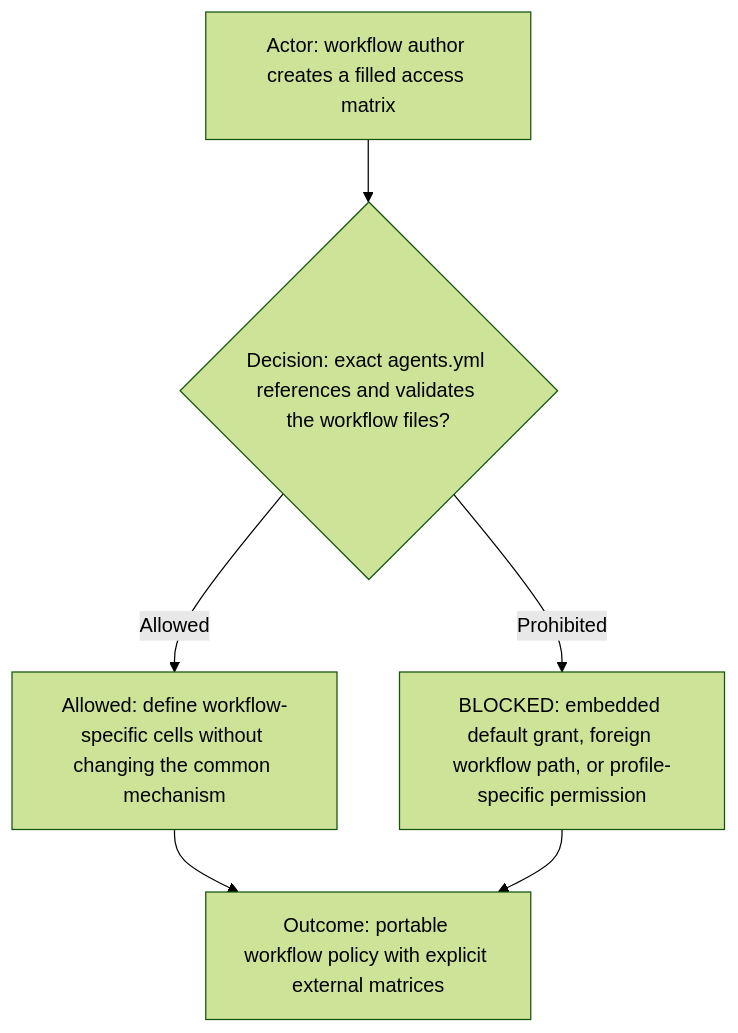
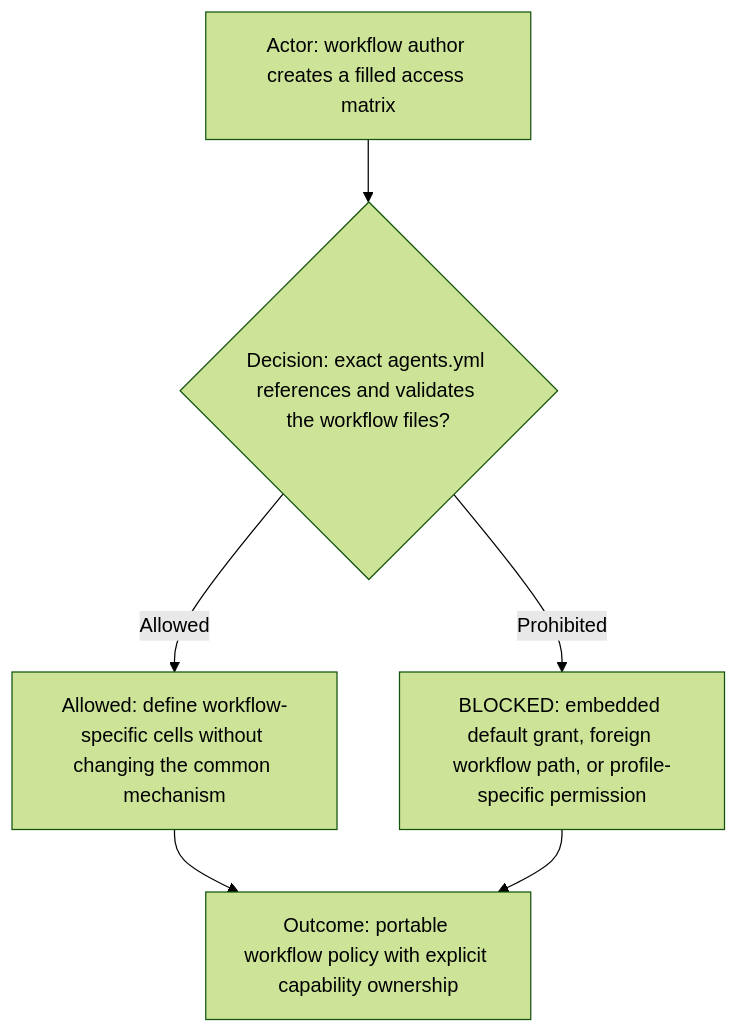
The third of 3 diagrams in ai-workflows/_common/policy/access-matrix.md (starodubtsevconsulting/ai-fleas), drawn with Mermaid (forest theme) before and after one commit. The commit also changed other lines of this file and 3 other files, not shown here.

````diff
--- a/ai-workflows/_common/policy/access-matrix.md
+++ b/ai-workflows/_common/policy/access-matrix.md
@@ -104,8 +65,8 @@
 ```mermaid
 flowchart TD
   Actor["Actor: workflow author creates a filled access matrix"] --> Decision{"Decision: exact agents.yml references and validates the workflow files?"}
   Decision -->|Allowed| Route["Allowed: define workflow-specific cells without changing the common mechanism"]
   Decision -->|Prohibited| Blocked["BLOCKED: embedded default grant, foreign workflow path, or profile-specific permission"]
-  Route --> Outcome["Outcome: portable workflow policy with explicit external matrices"]
+  Route --> Outcome["Outcome: portable workflow policy with explicit capability ownership"]
   Blocked --> Outcome
 ```
````
